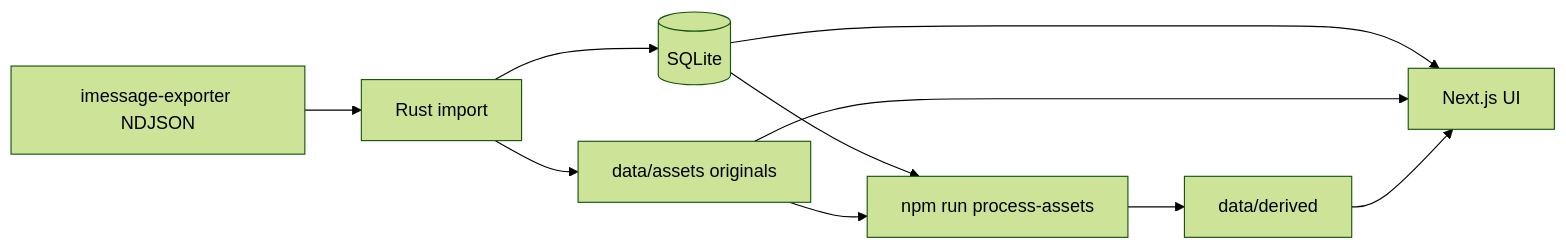
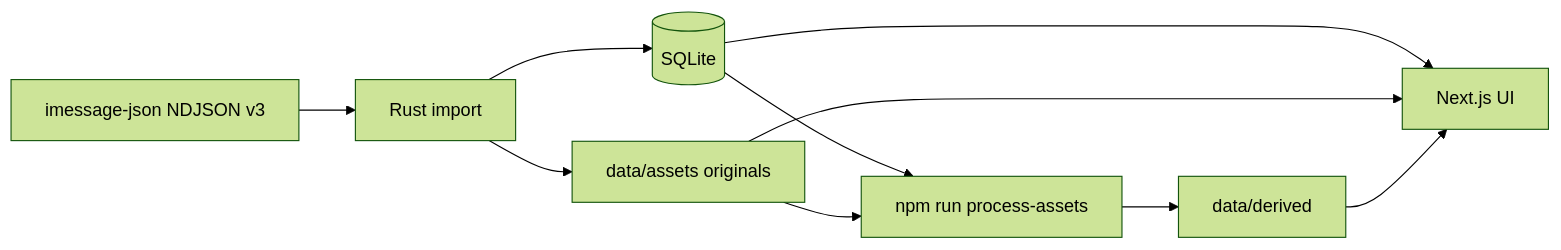
Before and after one commit to bitrealm-dev/message-vault-rs: the diagram in README.md, drawn with Mermaid (forest theme). The commit also changed other lines of this file and 4 other files, not shown here.

First line of the commit message:
Store imessage-json schema v3 fields on import.

````diff
--- a/README.md
+++ b/README.md
@@ -145,12 +145,12 @@
 ```mermaid
 flowchart LR
-  export[imessage-exporter NDJSON] --> import[Rust import]
+  export[imessage-json NDJSON v3] --> import[Rust import]
   import --> assets[data/assets originals]
   import --> db[(SQLite)]
   db --> process[npm run process-assets]
   assets --> process
   process --> derived[data/derived]
   db --> web[Next.js UI]
   assets --> web
   derived --> web
 ```
````
